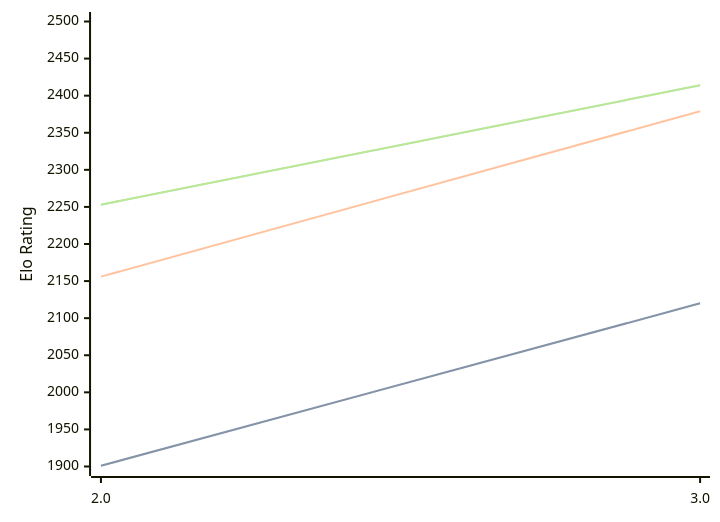
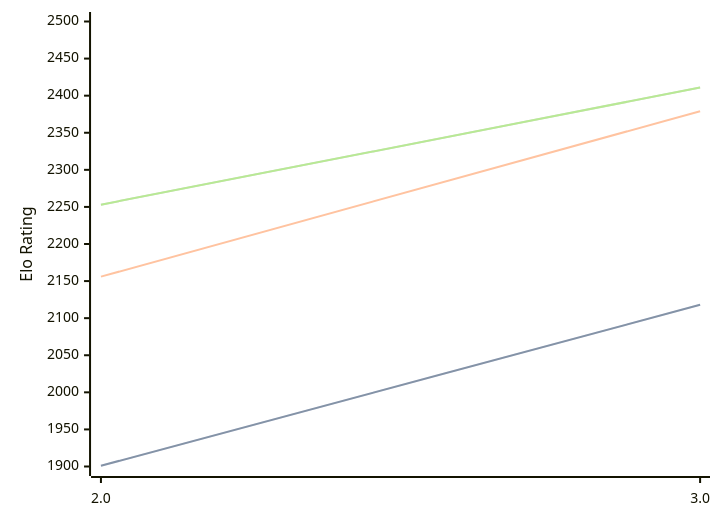
The diagram in engines/Zeno.md (computer-chess-index/cci), drawn with Mermaid before and after one commit. The commit also changed other lines of this file, not shown here.

Commit message:
Update CCI Ratings (ELO VLTC) - 2026-09-11

````diff
--- a/engines/Zeno.md
+++ b/engines/Zeno.md
@@ -32,11 +32,11 @@
 ```mermaid
 %%{init: {"theme":"base","themeVariables":{"seriesColors:['#a3a3a3','#222221','#faa371']}}}%%
 xychart-beta
   x-axis ["2.0", "3.0"]
   y-axis "Elo Rating" 1900 --> 2500
-  line "" [1901, 2120]
-  line "STC (8.0+0.08s)" [1901, 2120]
+  line "" [1901, 2118]
+  line "STC (8.0+0.08s)" [1901, 2118]
   line "LTC (60.0+0.60s)" [2156, 2379]
-  line "" [2253, 2414]
-  line "VLTC (2m24s+1.12s)" [2253, 2414]
+  line "" [2253, 2411]
+  line "VLTC (2m24s+1.12s)" [2253, 2411]
 ```
````
